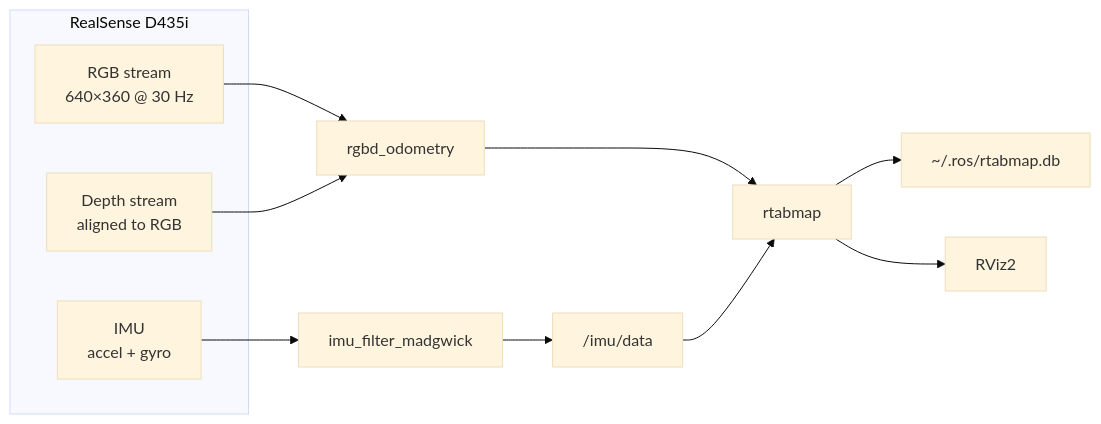
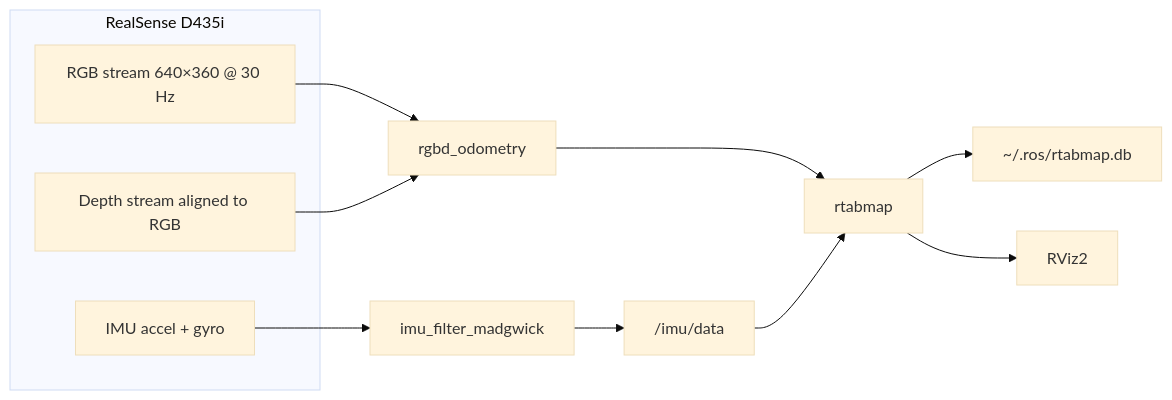
One commit to palingenesys/Visual-Slam changed the diagram in README.md. Above: the diagram before and after it, drawn with Mermaid (base theme).

Commit message:
Fix formatting in README.md for RealSense D435i

````diff
--- a/README.md
+++ b/README.md
@@ -16,19 +16,19 @@
 ```mermaid
 flowchart LR
     subgraph cam["RealSense D435i"]
-        rgb["RGB stream\n640×360 @ 30 Hz"]
-        depth["Depth stream\naligned to RGB"]
-        imu["IMU\naccel + gyro"]
+        rgb["RGB stream 640×360 @ 30 Hz"]
+        depth["Depth stream aligned to RGB"]
+        imu["IMU accel + gyro"]
     end
 
     rgb    --> odom["rgbd_odometry"]
     depth  --> odom
     imu    --> madgwick["imu_filter_madgwick"]
     madgwick --> imu_data["/imu/data"]
 
     odom     --> rtabmap["rtabmap"]
     imu_data --> rtabmap
 
     rtabmap --> db["~/.ros/rtabmap.db"]
     rtabmap --> rviz["RViz2"]
 ```
````
